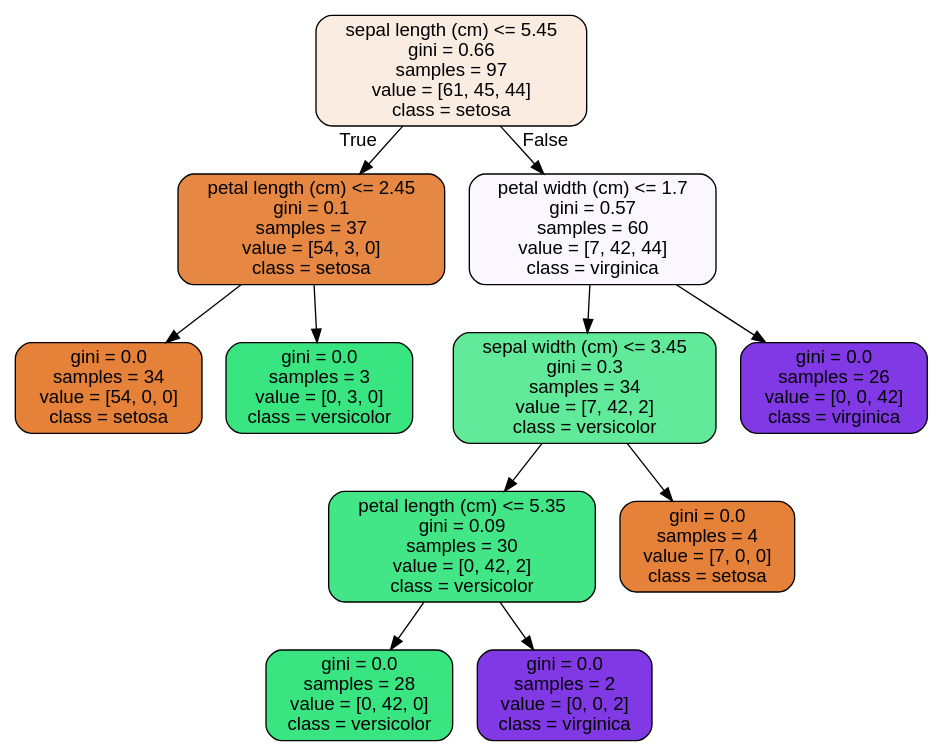
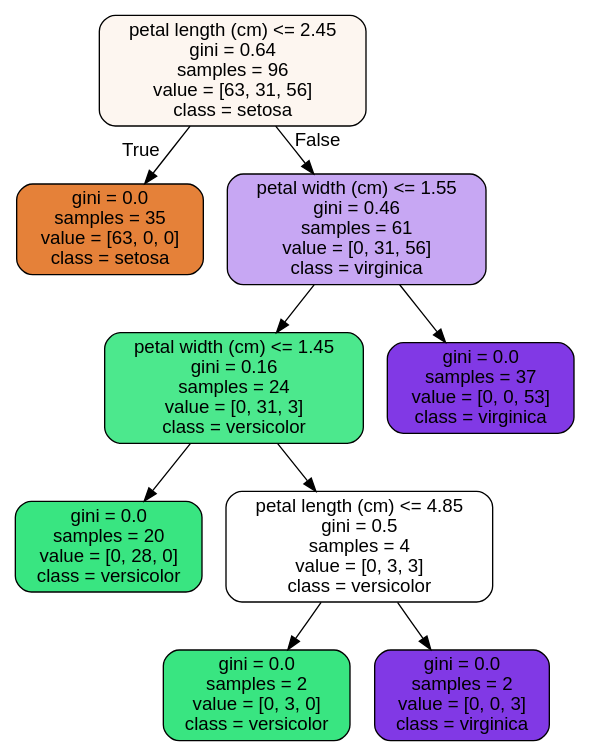
One commit to meester600/Springboard changed the diagram in 14.4 Random Forest Case Study/tree.dot. Above: the diagram before and after it, drawn with Graphviz. The commit also changed 2 other files, not shown here.

```diff
--- a/14.4 Random Forest Case Study/tree.dot
+++ b/14.4 Random Forest Case Study/tree.dot
@@ -1,25 +1,21 @@
 digraph Tree {
 node [shape=box, style="filled, rounded", color="black", fontname=helvetica] ;
 edge [fontname=helvetica] ;
-0 [label="sepal length (cm) <= 5.45\ngini = 0.66\nsamples = 97\nvalue = [61, 45, 44]\nclass = setosa", fillcolor="#fbece1"] ;
-1 [label="petal length (cm) <= 2.45\ngini = 0.1\nsamples = 37\nvalue = [54, 3, 0]\nclass = setosa", fillcolor="#e68844"] ;
+0 [label="petal length (cm) <= 2.45\ngini = 0.64\nsamples = 96\nvalue = [63, 31, 56]\nclass = setosa", fillcolor="#fdf6f0"] ;
+1 [label="gini = 0.0\nsamples = 35\nvalue = [63, 0, 0]\nclass = setosa", fillcolor="#e58139"] ;
 0 -> 1 [labeldistance=2.5, labelangle=45, headlabel="True"] ;
-2 [label="gini = 0.0\nsamples = 34\nvalue = [54, 0, 0]\nclass = setosa", fillcolor="#e58139"] ;
-1 -> 2 ;
-3 [label="gini = 0.0\nsamples = 3\nvalue = [0, 3, 0]\nclass = versicolor", fillcolor="#39e581"] ;
-1 -> 3 ;
-4 [label="petal width (cm) <= 1.7\ngini = 0.57\nsamples = 60\nvalue = [7, 42, 44]\nclass = virginica", fillcolor="#faf7fe"] ;
-0 -> 4 [labeldistance=2.5, labelangle=-45, headlabel="False"] ;
-5 [label="sepal width (cm) <= 3.45\ngini = 0.3\nsamples = 34\nvalue = [7, 42, 2]\nclass = versicolor", fillcolor="#62ea9b"] ;
-4 -> 5 ;
-6 [label="petal length (cm) <= 5.35\ngini = 0.09\nsamples = 30\nvalue = [0, 42, 2]\nclass = versicolor", fillcolor="#42e687"] ;
+2 [label="petal width (cm) <= 1.55\ngini = 0.46\nsamples = 61\nvalue = [0, 31, 56]\nclass = virginica", fillcolor="#c7a7f3"] ;
+0 -> 2 [labeldistance=2.5, labelangle=-45, headlabel="False"] ;
+3 [label="petal width (cm) <= 1.45\ngini = 0.16\nsamples = 24\nvalue = [0, 31, 3]\nclass = versicolor", fillcolor="#4ce88d"] ;
+2 -> 3 ;
+4 [label="gini = 0.0\nsamples = 20\nvalue = [0, 28, 0]\nclass = versicolor", fillcolor="#39e581"] ;
+3 -> 4 ;
+5 [label="petal length (cm) <= 4.85\ngini = 0.5\nsamples = 4\nvalue = [0, 3, 3]\nclass = versicolor", fillcolor="#ffffff"] ;
+3 -> 5 ;
+6 [label="gini = 0.0\nsamples = 2\nvalue = [0, 3, 0]\nclass = versicolor", fillcolor="#39e581"] ;
 5 -> 6 ;
-7 [label="gini = 0.0\nsamples = 28\nvalue = [0, 42, 0]\nclass = versicolor", fillcolor="#39e581"] ;
-6 -> 7 ;
-8 [label="gini = 0.0\nsamples = 2\nvalue = [0, 0, 2]\nclass = virginica", fillcolor="#8139e5"] ;
-6 -> 8 ;
-9 [label="gini = 0.0\nsamples = 4\nvalue = [7, 0, 0]\nclass = setosa", fillcolor="#e58139"] ;
-5 -> 9 ;
-10 [label="gini = 0.0\nsamples = 26\nvalue = [0, 0, 42]\nclass = virginica", fillcolor="#8139e5"] ;
-4 -> 10 ;
+7 [label="gini = 0.0\nsamples = 2\nvalue = [0, 0, 3]\nclass = virginica", fillcolor="#8139e5"] ;
+5 -> 7 ;
+8 [label="gini = 0.0\nsamples = 37\nvalue = [0, 0, 53]\nclass = virginica", fillcolor="#8139e5"] ;
+2 -> 8 ;
 }
```
